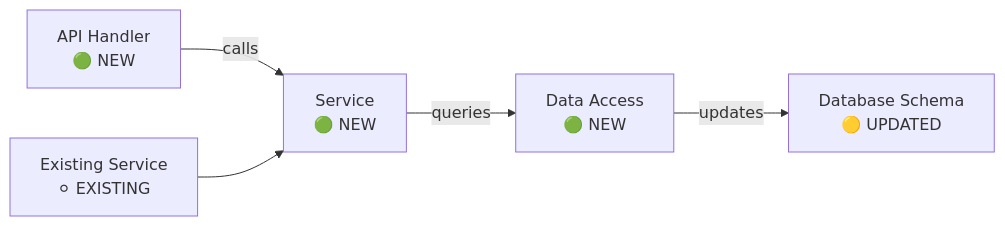
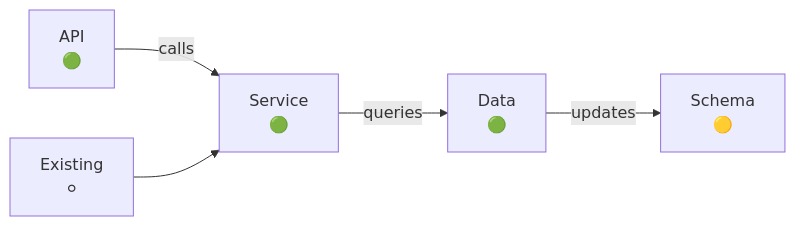
The third of 3 diagrams in vibing/templates/T11c - Implementation Design.md (ajelinek/SpecFlow), drawn with Mermaid before and after one commit. The commit also changed other lines of this file and 4 other files, not shown here.

Commit message:
Refined the diagram requirements and excluded css / styling from the implementation details.

````diff
--- a/vibing/templates/T11c - Implementation Design.md
+++ b/vibing/templates/T11c - Implementation Design.md
@@ -67,7 +73,7 @@
 ```mermaid
 graph LR
-    A[API Handler<br/>🟢 NEW] -->|calls| B[Service<br/>🟢 NEW]
-    B -->|queries| C[Data Access<br/>🟢 NEW]
-    C -->|updates| D[Database Schema<br/>🟡 UPDATED]
-    E[Existing Service<br/>⚪ EXISTING] --> B
+    A[API<br/>🟢] -->|calls| B[Service<br/>🟢]
+    B -->|queries| C[Data<br/>🟢]
+    C -->|updates| D[Schema<br/>🟡]
+    E[Existing<br/>⚪] --> B
 ```
````
